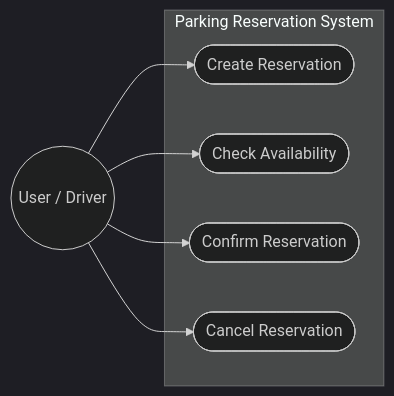
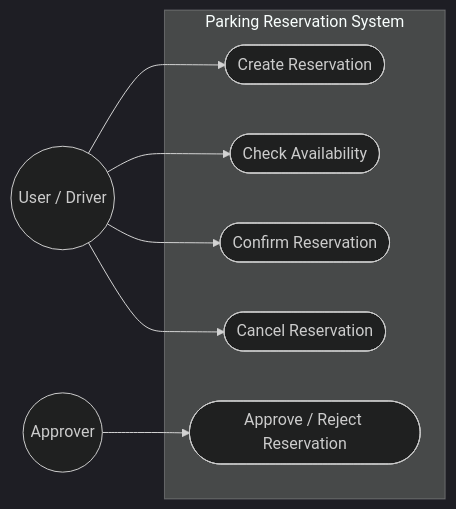
The first of 4 diagrams in docs/specification.md (Kenimos/SWI_Project_2026), drawn with Mermaid (dark theme) before and after one commit. The commit also changed other lines of this file and 17 other files, not shown here.

First line of the commit message:
C02 Part B: schvalovací proces (OP-05 Approve/Reject), Baseline v0.2 draft

````diff
--- a/docs/specification.md
+++ b/docs/specification.md
@@ -362,14 +385,17 @@
 ```mermaid
 flowchart LR
     User((User / Driver))
+    Approver((Approver))
     subgraph System["Parking Reservation System"]
         UC1([Create Reservation])
         UC2([Check Availability])
         UC3([Confirm Reservation])
         UC4([Cancel Reservation])
+        UC5([Approve / Reject Reservation])
     end
     User --> UC1
     User --> UC2
     User --> UC3
     User --> UC4
+    Approver --> UC5
 ```
````
